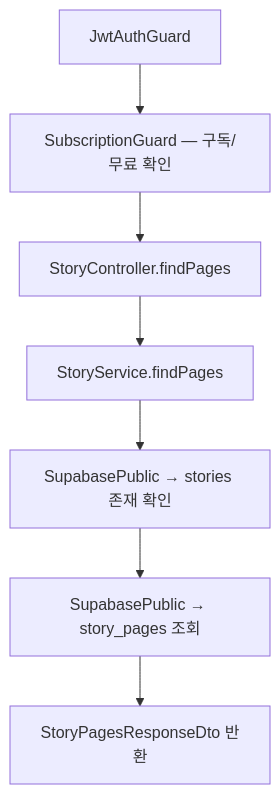
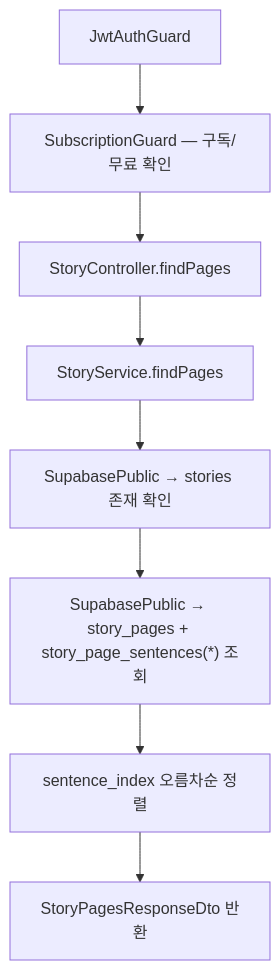
One commit to youngkim90/ddukddak-api changed the sixth of 6 diagrams in docs/api/story-api.md. Above: the diagram before and after it, drawn with Mermaid. The commit also changed other lines of this file and 9 other files, not shown here.

````diff
--- a/docs/api/story-api.md
+++ b/docs/api/story-api.md
@@ -171,9 +171,10 @@
 ```mermaid
 flowchart TD
     A[JwtAuthGuard] --> B[SubscriptionGuard — 구독/무료 확인]
     B --> C[StoryController.findPages]
     C --> D[StoryService.findPages]
     D --> E[SupabasePublic → stories 존재 확인]
-    E --> F[SupabasePublic → story_pages 조회]
-    F --> G[StoryPagesResponseDto 반환]
+    E --> F["SupabasePublic → story_pages + story_page_sentences(*) 조회"]
+    F --> G[sentence_index 오름차순 정렬]
+    G --> H[StoryPagesResponseDto 반환]
 ```
````
